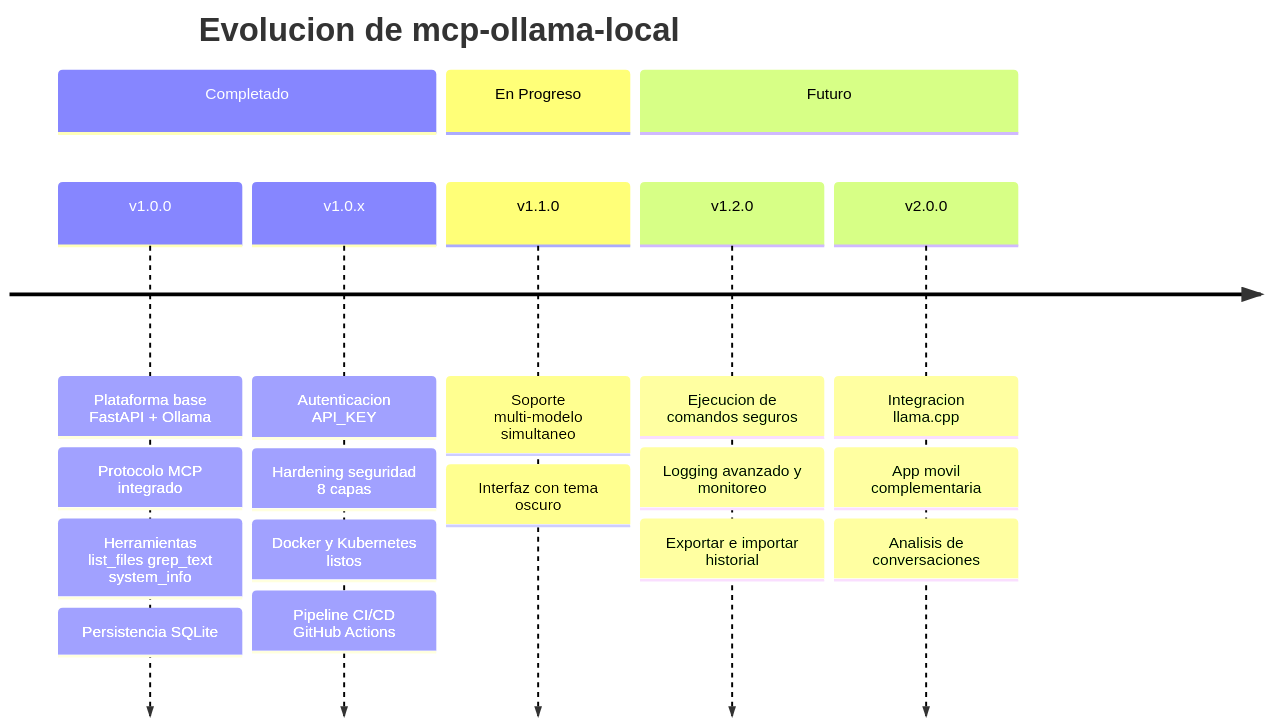
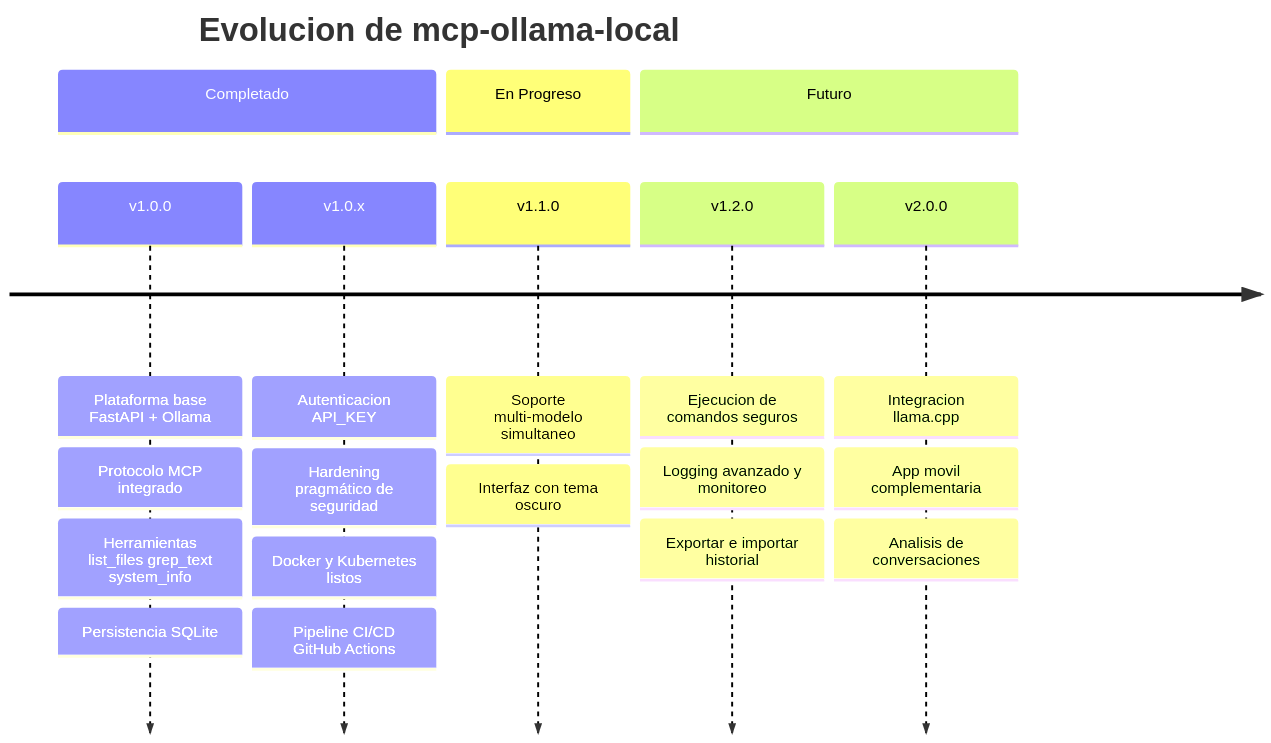
One commit to vladimiracunadev-create/mcp-ollama-local changed the diagram in ROADMAP.md. Above: the diagram before and after it, drawn with Mermaid. The commit also changed other lines of this file and 30 other files, not shown here.

````diff
--- a/ROADMAP.md
+++ b/ROADMAP.md
@@ -5,23 +5,23 @@
 ```mermaid
 timeline
     title Evolucion de mcp-ollama-local
     section Completado
         v1.0.0 : Plataforma base FastAPI + Ollama
                : Protocolo MCP integrado
                : Herramientas list_files grep_text system_info
                : Persistencia SQLite
         v1.0.x : Autenticacion API_KEY
-               : Hardening seguridad 8 capas
+               : Hardening pragmático de seguridad
                : Docker y Kubernetes listos
                : Pipeline CI/CD GitHub Actions
     section En Progreso
         v1.1.0 : Soporte multi-modelo simultaneo
                : Interfaz con tema oscuro
     section Futuro
         v1.2.0 : Ejecucion de comandos seguros
                : Logging avanzado y monitoreo
                : Exportar e importar historial
         v2.0.0 : Integracion llama.cpp
                : App movil complementaria
                : Analisis de conversaciones
 ```
````
